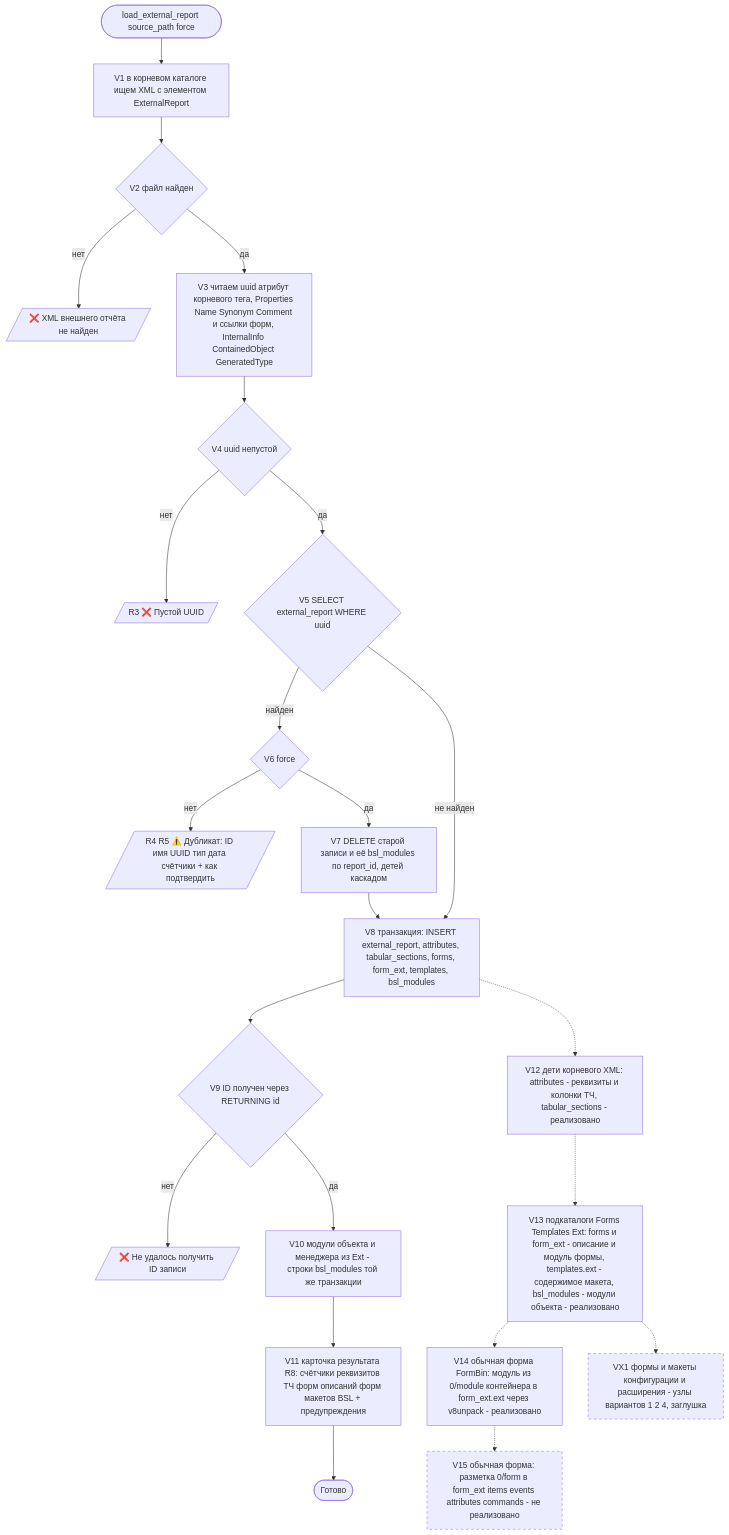
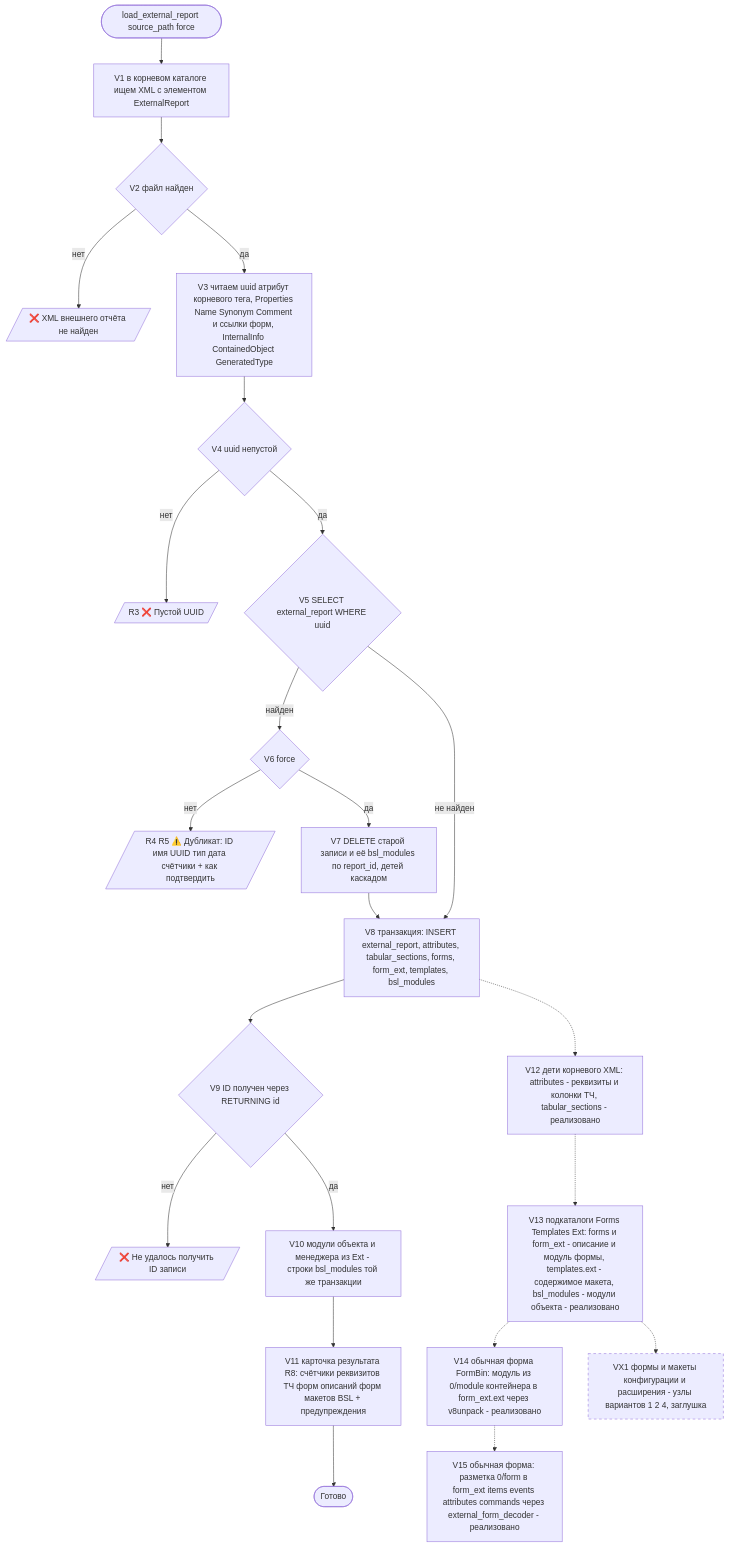
The third of 3 diagrams in docs/config-scenarios/FLOWCHART_1c-configurations-core.md (XXIVek/ckb), drawn with Mermaid before and after one commit. The commit also changed other lines of this file and 64 other files, not shown here.

````diff
--- a/docs/config-scenarios/FLOWCHART_1c-configurations-core.md
+++ b/docs/config-scenarios/FLOWCHART_1c-configurations-core.md
@@ -122,32 +123,32 @@
 ```mermaid
 flowchart TD
     S([load_external_report source_path force]) --> V1[V1 в корневом каталоге ищем XML с элементом ExternalReport]
     V1 --> V2{V2 файл найден}
     V2 -- нет --> Y1[/❌ XML внешнего отчёта не найден/]
     V2 -- да --> V3[V3 читаем uuid атрибут корневого тега, Properties Name Synonym Comment и ссылки форм, InternalInfo ContainedObject GeneratedType]
     V3 --> V4{V4 uuid непустой}
     V4 -- нет --> Y2[/R3 ❌ Пустой UUID/]
     V4 -- да --> V5{V5 SELECT external_report WHERE uuid}
     V5 -- найден --> V6{V6 force}
     V6 -- нет --> Y3[/R4 R5 ⚠️ Дубликат: ID имя UUID тип дата счётчики + как подтвердить/]
     V6 -- да --> V7[V7 DELETE старой записи и её bsl_modules по report_id, детей каскадом]
     V5 -- не найден --> V8[V8 транзакция: INSERT external_report, attributes, tabular_sections, forms, form_ext, templates, bsl_modules]
     V7 --> V8
     V8 --> V9{V9 ID получен через RETURNING id}
     V9 -- нет --> Y4[/❌ Не удалось получить ID записи/]
     V9 -- да --> V10[V10 модули объекта и менеджера из Ext - строки bsl_modules той же транзакции]
     V10 --> V11[V11 карточка результата R8: счётчики реквизитов ТЧ форм описаний форм макетов BSL + предупреждения]
     V11 --> E([Готово])
     V12[V12 дети корневого XML: attributes - реквизиты и колонки ТЧ, tabular_sections - реализовано]
     V8 -.-> V12
     V13[V13 подкаталоги Forms Templates Ext: forms и form_ext - описание и модуль формы, templates.ext - содержимое макета, bsl_modules - модули объекта - реализовано]
     V12 -.-> V13
     V14[V14 обычная форма FormBin: модуль из 0/module контейнера в form_ext.ext через v8unpack - реализовано]
     V13 -.-> V14
-    V15[V15 обычная форма: разметка 0/form в form_ext items events attributes commands - не реализовано]
+    V15[V15 обычная форма: разметка 0/form в form_ext items events attributes commands через external_form_decoder - реализовано]
     V14 -.-> V15
     VX1[VX1 формы и макеты конфигурации и расширения - узлы вариантов 1 2 4, заглушка]
     V13 -.-> VX1
     classDef deferred stroke-dasharray: 5 5;
-    class V15,VX1 deferred;
+    class VX1 deferred;
 ```
````
